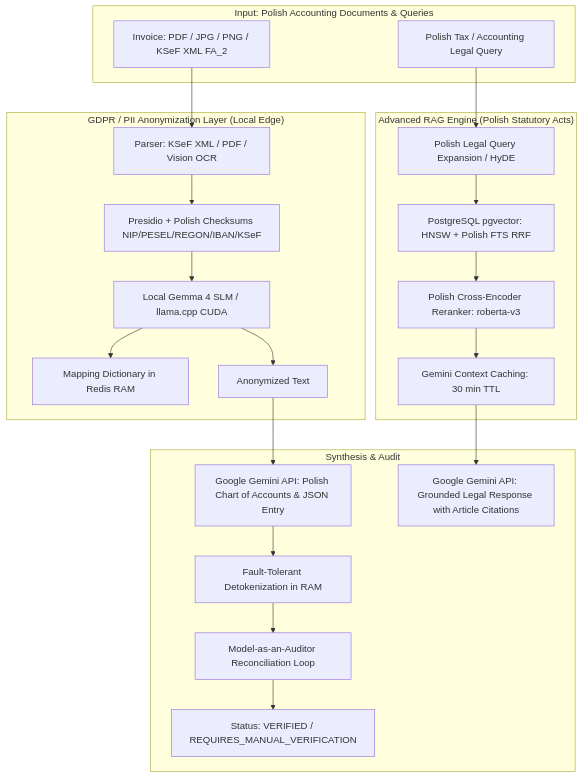
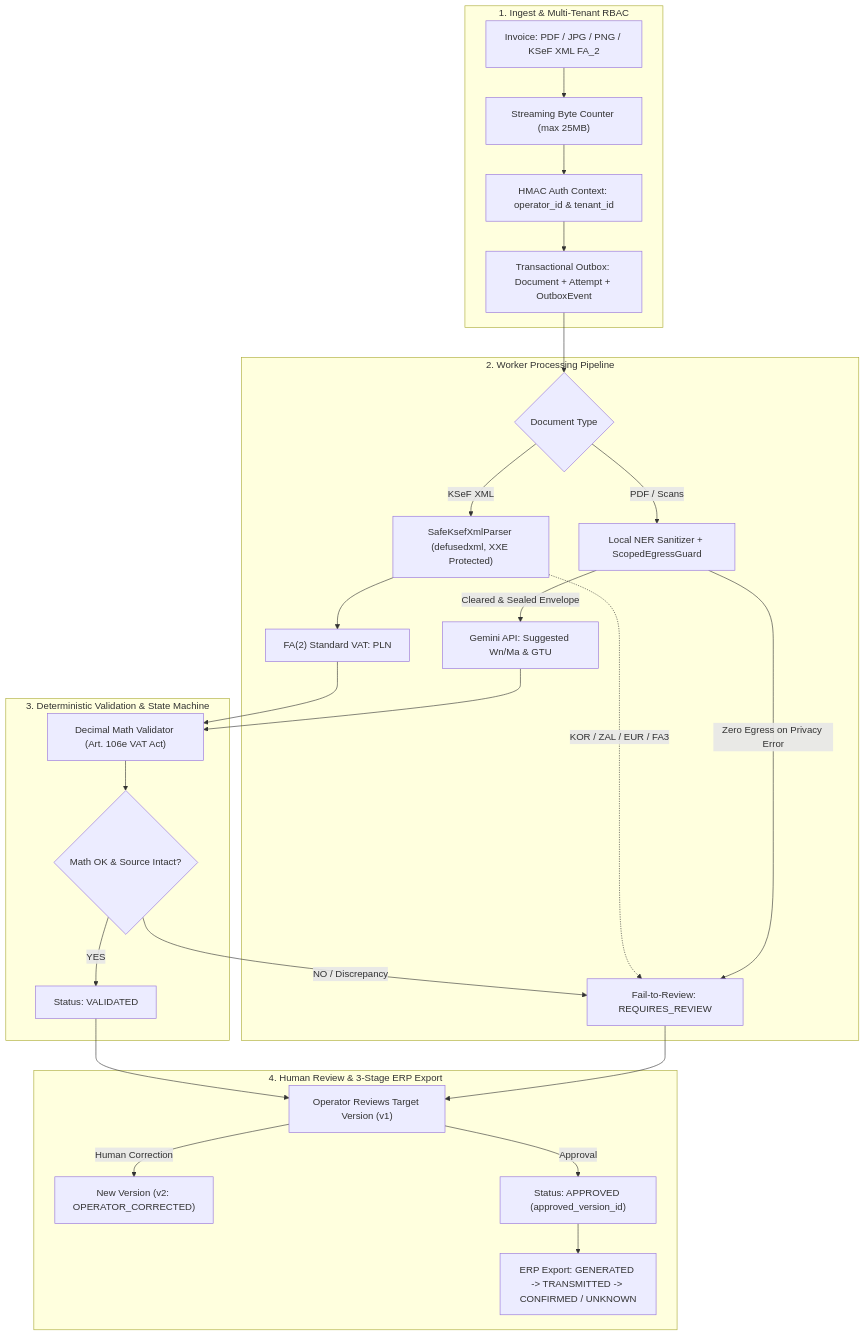
The diagram in README.md (hrabiabarykent/karik-accounting-rag), drawn with Mermaid before and after one commit. The commit also changed other lines of this file and 37 other files, not shown here.

Commit message:
feat: produkcyjna architektura KSeF/ERP, transactional outbox, leasing zadan i testy v6.3

````diff
--- a/README.md
+++ b/README.md
@@ -19,30 +19,34 @@
 ```mermaid
 graph TD
-    subgraph Input ["Input: Polish Accounting Documents & Queries"]
-        A["Invoice: PDF / JPG / PNG / KSeF XML FA_2"]
-        Q["Polish Tax / Accounting Legal Query"]
+    subgraph Input ["1. Ingest & Multi-Tenant RBAC"]
+        A["Invoice: PDF / JPG / PNG / KSeF XML FA_2"] --> B["Streaming Byte Counter (max 25MB)"]
+        B --> C["HMAC Auth Context: operator_id & tenant_id"]
+        C --> D["Transactional Outbox: Document + Attempt + OutboxEvent"]
     end
 
-    subgraph PrivacyLayer ["GDPR / PII Anonymization Layer (Local Edge)"]
-        A --> B["Parser: KSeF XML / PDF / Vision OCR"]
-        B --> C["Presidio + Polish Checksums NIP/PESEL/REGON/IBAN/KSeF"]
-        C --> D["Local Gemma 4 SLM / llama.cpp CUDA"]
-        D --> E["Mapping Dictionary in Redis RAM"]
-        D --> F["Anonymized Text"]
+    subgraph Processing ["2. Worker Processing Pipeline"]
+        D --> E{"Document Type"}
+        E -->|KSeF XML| F["SafeKsefXmlParser (defusedxml, XXE Protected)"]
+        F --> G["FA(2) Standard VAT: PLN"]
+        F -.->|KOR / ZAL / EUR / FA3| H["Fail-to-Review: REQUIRES_REVIEW"]
+        E -->|PDF / Scans| I["Local NER Sanitizer + ScopedEgressGuard"]
+        I -->|Zero Egress on Privacy Error| H
+        I -->|Cleared & Sealed Envelope| J["Gemini API: Suggested Wn/Ma & GTU"]
     end
 
-    subgraph RagEngine ["Advanced RAG Engine (Polish Statutory Acts)"]
-        Q --> G["Polish Legal Query Expansion / HyDE"]
-        G --> H["PostgreSQL pgvector: HNSW + Polish FTS RRF"]
-        H --> I["Polish Cross-Encoder Reranker: roberta-v3"]
-        I --> J["Gemini Context Caching: 30 min TTL"]
+    subgraph Validation ["3. Deterministic Validation & State Machine"]
+        G --> K["Decimal Math Validator (Art. 106e VAT Act)"]
+        J --> K
+        K --> L{"Math OK & Source Intact?"}
+        L -->|YES| M["Status: VALIDATED"]
+        L -->|NO / Discrepancy| H
     end
 
-    subgraph AuditLayer ["Synthesis & Audit"]
-        F --> K["Google Gemini API: Polish Chart of Accounts & JSON Entry"]
-        J --> L["Google Gemini API: Grounded Legal Response with Article Citations"]
-        K --> M["Fault-Tolerant Detokenization in RAM"]
-        M --> N["Model-as-an-Auditor Reconciliation Loop"]
-        N --> O["Status: VERIFIED / REQUIRES_MANUAL_VERIFICATION"]
+    subgraph ReviewAndExport ["4. Human Review & 3-Stage ERP Export"]
+        M --> N["Operator Reviews Target Version (v1)"]
+        H --> N
+        N -->|Human Correction| O["New Version (v2: OPERATOR_CORRECTED)"]
+        N -->|Approval| P["Status: APPROVED (approved_version_id)"]
+        P --> Q["ERP Export: GENERATED -> TRANSMITTED -> CONFIRMED / UNKNOWN"]
     end
 ```
````
